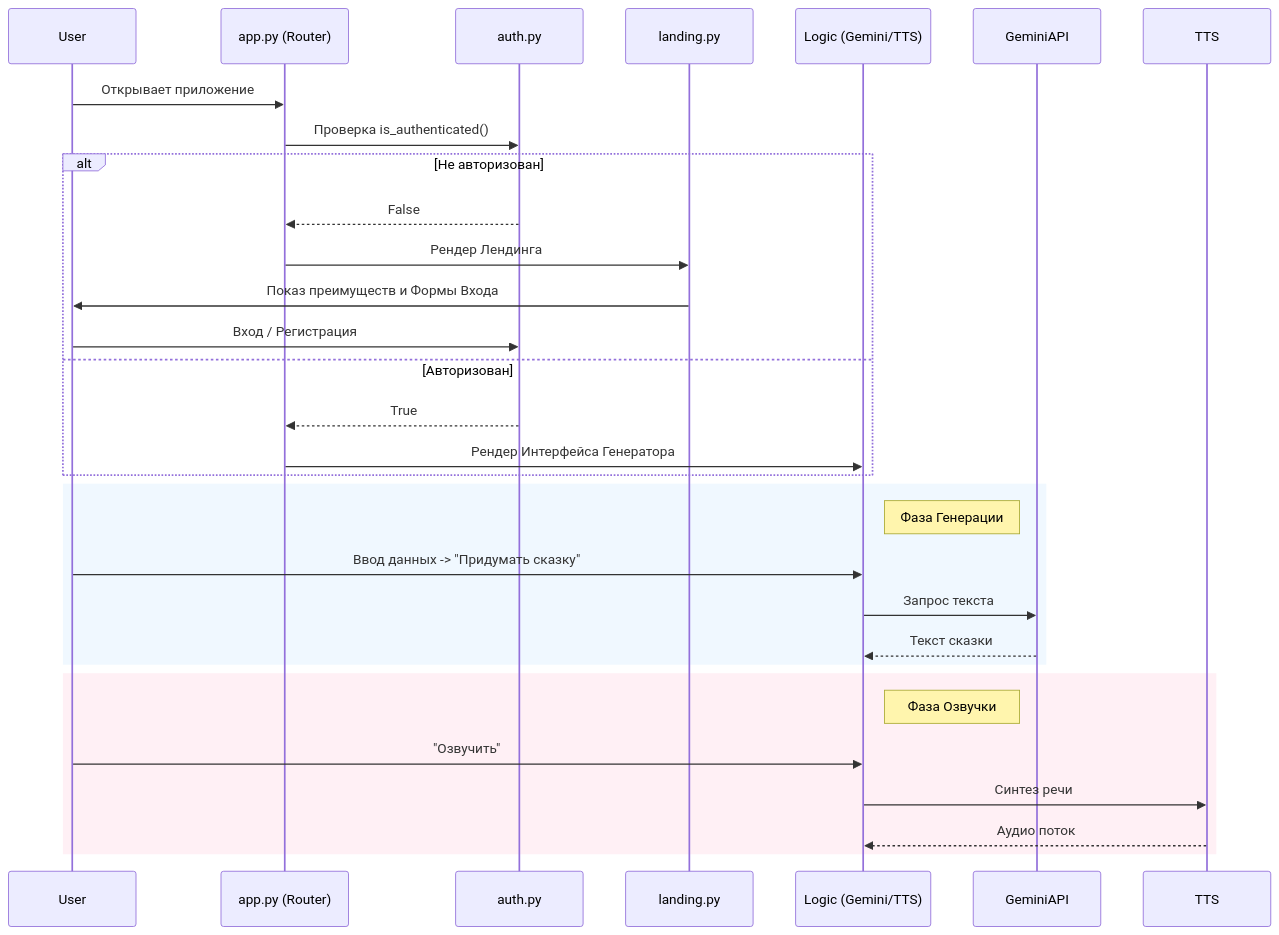
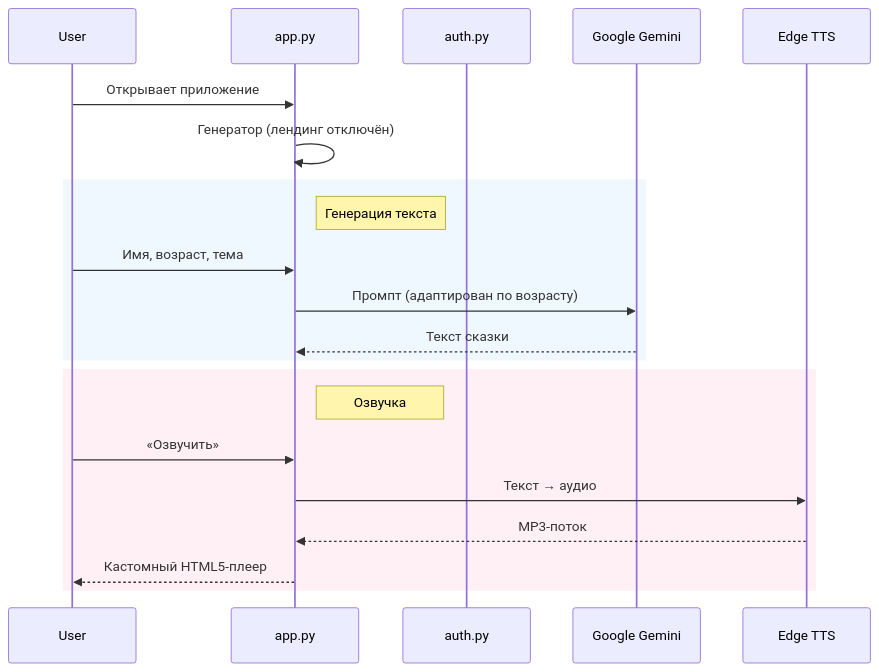
One commit to sam-nv89/fairy_tale_generator changed the diagram in ARCHITECTURE.md. Above: the diagram before and after it, drawn with Mermaid. The commit also changed other lines of this file and 6 other files, not shown here.

Commit message:
docs: full documentation overhaul - ARCHITECTURE, README, ROADMAP, gitignore cleanup

````diff
--- a/ARCHITECTURE.md
+++ b/ARCHITECTURE.md
@@ -34,35 +35,26 @@
 ```mermaid
 sequenceDiagram
     participant User
-    participant App as app.py (Router)
+    participant App as app.py
     participant Auth as auth.py
-    participant Landing as landing.py
-    participant Generator as Logic (Gemini/TTS)
+    participant Gemini as Google Gemini
+    participant TTS as Edge TTS
 
     User->>App: Открывает приложение
-    App->>Auth: Проверка is_authenticated()
-    
-    alt Не авторизован
-        Auth-->>App: False
-        App->>Landing: Рендер Лендинга
-        Landing->>User: Показ преимуществ и Формы Входа
-        User->>Auth: Вход / Регистрация
-    else Авторизован
-        Auth-->>App: True
-        App->>Generator: Рендер Интерфейса Генератора
+    App->>App: Генератор (лендинг отключён)
+
+    rect rgb(240, 248, 255)
+        note right of App: Генерация текста
+        User->>App: Имя, возраст, тема
+        App->>Gemini: Промпт (адаптирован по возрасту)
+        Gemini-->>App: Текст сказки
     end
-    
-    rect rgb(240, 248, 255)
-        note right of Generator: Фаза Генерации
-        User->>Generator: Ввод данных -> "Придумать сказку"
-        Generator->>GeminiAPI: Запрос текста
-        GeminiAPI-->>Generator: Текст сказки
-    end
-    
+
     rect rgb(255, 240, 245)
-        note right of Generator: Фаза Озвучки
-        User->>Generator: "Озвучить"
-        Generator->>TTS: Синтез речи
-        TTS-->>Generator: Аудио поток
+        note right of App: Озвучка
+        User->>App: «Озвучить»
+        App->>TTS: Текст → аудио
+        TTS-->>App: MP3-поток
+        App-->>User: Кастомный HTML5-плеер
     end
 ```
````
